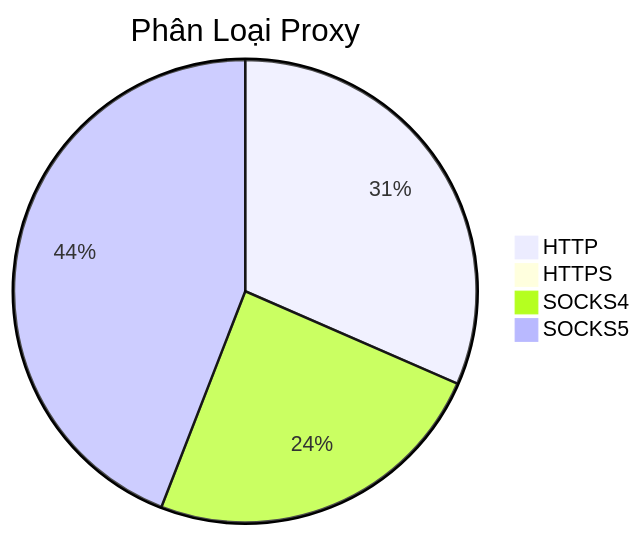
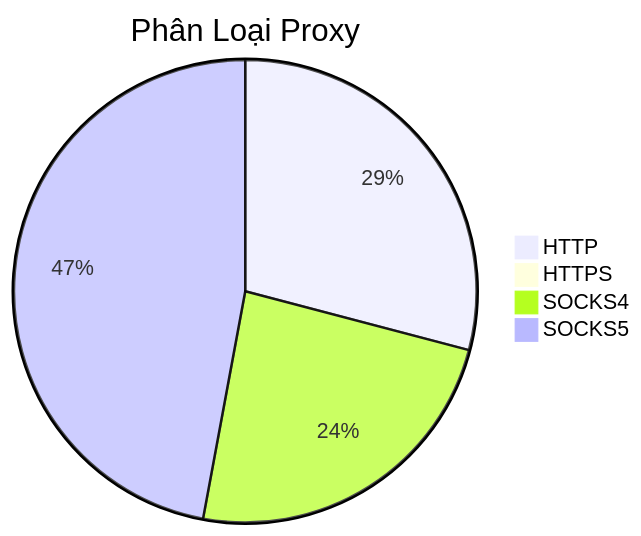
Before and after one commit to Ciara-Aa/PROXY-free: the diagram in README.md, drawn with Mermaid. The commit also changed other lines of this file and 4 other files, not shown here.

````diff
--- a/README.md
+++ b/README.md
@@ -26,7 +26,7 @@
 ```mermaid
 pie title Phân Loại Proxy
-    "HTTP" : 286
+    "HTTP" : 254
     "HTTPS" : 1
-    "SOCKS4" : 221
-    "SOCKS5" : 400
+    "SOCKS4" : 208
+    "SOCKS5" : 411
 ```
````
